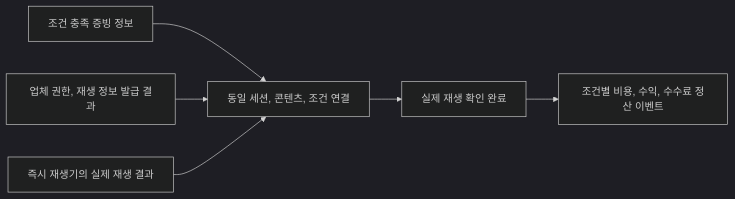
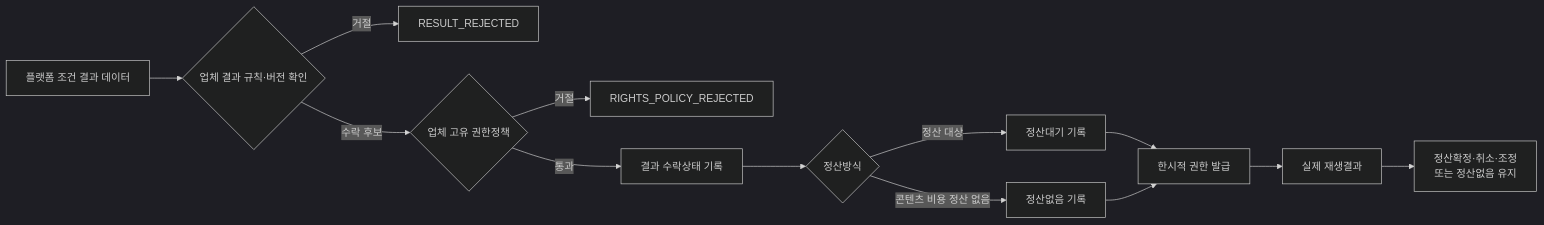
Before and after one commit to growdai1y/instant-play: the seventh of 14 diagrams in instant_play_직무발명서.md, drawn with Mermaid (dark theme). The commit also changed other lines of this file and 1 other file, not shown here.

````diff
--- a/instant_play_직무발명서.md
+++ b/instant_play_직무발명서.md
@@ -954,8 +942,15 @@
 ```mermaid
 flowchart LR
-    A["조건 충족 증빙 정보"] --> D["동일 세션, 콘텐츠, 조건 연결"]
-    B["업체 권한, 재생 정보 발급 결과"] --> D
-    C["즉시 재생기의 실제 재생 결과"] --> D
-    D --> E["실제 재생 확인 완료"]
-    E --> F["조건별 비용, 수익, 수수료 정산 이벤트"]
+    A["플랫폼 조건 결과 데이터"] --> B{"업체 결과 규칙·버전 확인"}
+    B -->|거절| C["RESULT_REJECTED"]
+    B -->|수락 후보| D{"업체 고유 권한정책"}
+    D -->|거절| E["RIGHTS_POLICY_REJECTED"]
+    D -->|통과| F["결과 수락상태 기록"]
+    F --> G{"정산방식"}
+    G -->|정산 대상| H["정산대기 기록"]
+    G -->|콘텐츠 비용 정산 없음| I["정산없음 기록"]
+    H --> J["한시적 권한 발급"]
+    I --> J
+    J --> K["실제 재생결과"]
+    K --> L["정산확정·취소·조정<br/>또는 정산없음 유지"]
 ```
````
